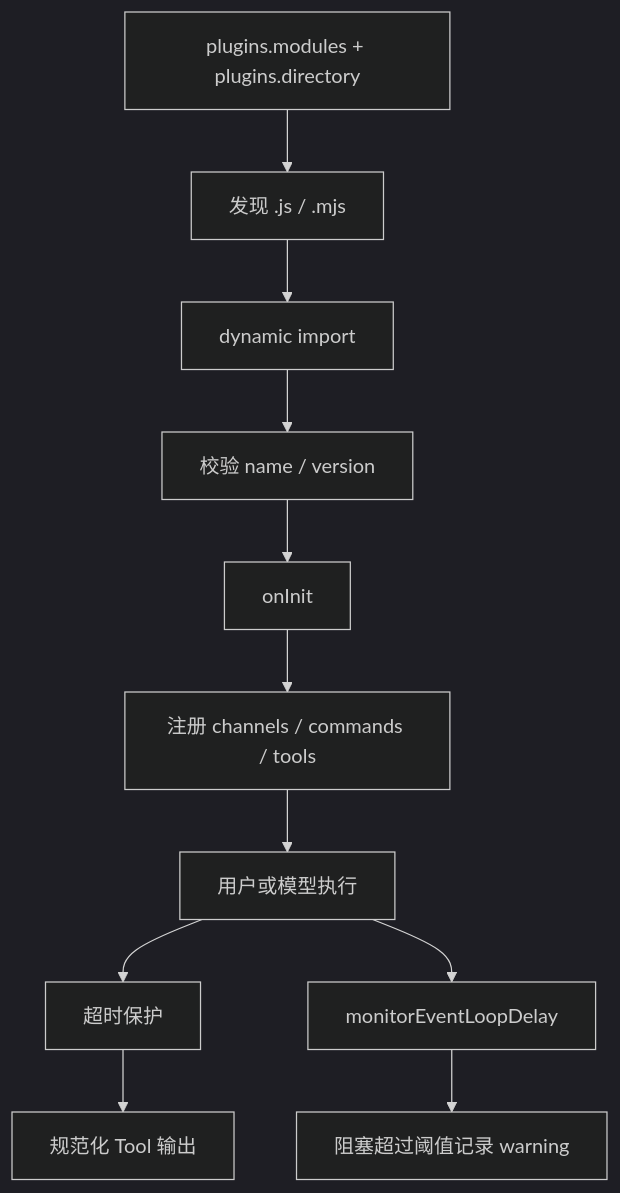
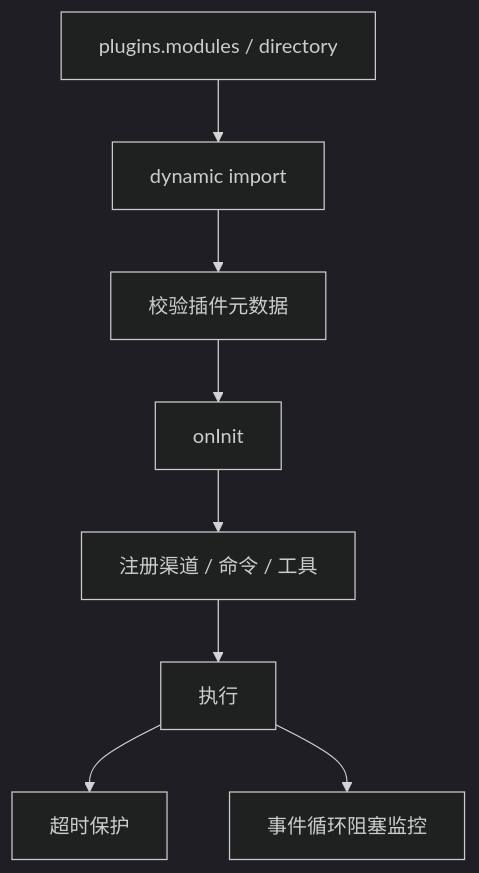
One commit to ReadNULL/Bumblebee changed the eighth of 9 diagrams in docs/interview-guide.md. Above: the diagram before and after it, drawn with Mermaid (dark theme). The commit also changed other lines of this file and 5 other files, not shown here.

````diff
--- a/docs/interview-guide.md
+++ b/docs/interview-guide.md
@@ -339,13 +691,10 @@
 ```mermaid
 flowchart TB
-    Config["plugins.modules + plugins.directory"] --> Discover["发现 .js / .mjs"]
-    Discover --> Import["dynamic import"]
-    Import --> Validate["校验 name / version"]
+    Config["plugins.modules / directory"] --> Import["dynamic import"]
+    Import --> Validate["校验插件元数据"]
     Validate --> Init["onInit"]
-    Init --> Register["注册 channels / commands / tools"]
-    Register --> Execute["用户或模型执行"]
-    Execute --> Race["超时保护"]
-    Execute --> Monitor["monitorEventLoopDelay"]
-    Race --> Result["规范化 Tool 输出"]
-    Monitor --> Warn["阻塞超过阈值记录 warning"]
+    Init --> Register["注册渠道 / 命令 / 工具"]
+    Register --> Execute["执行"]
+    Execute --> Timeout["超时保护"]
+    Execute --> Delay["事件循环阻塞监控"]
 ```
````
